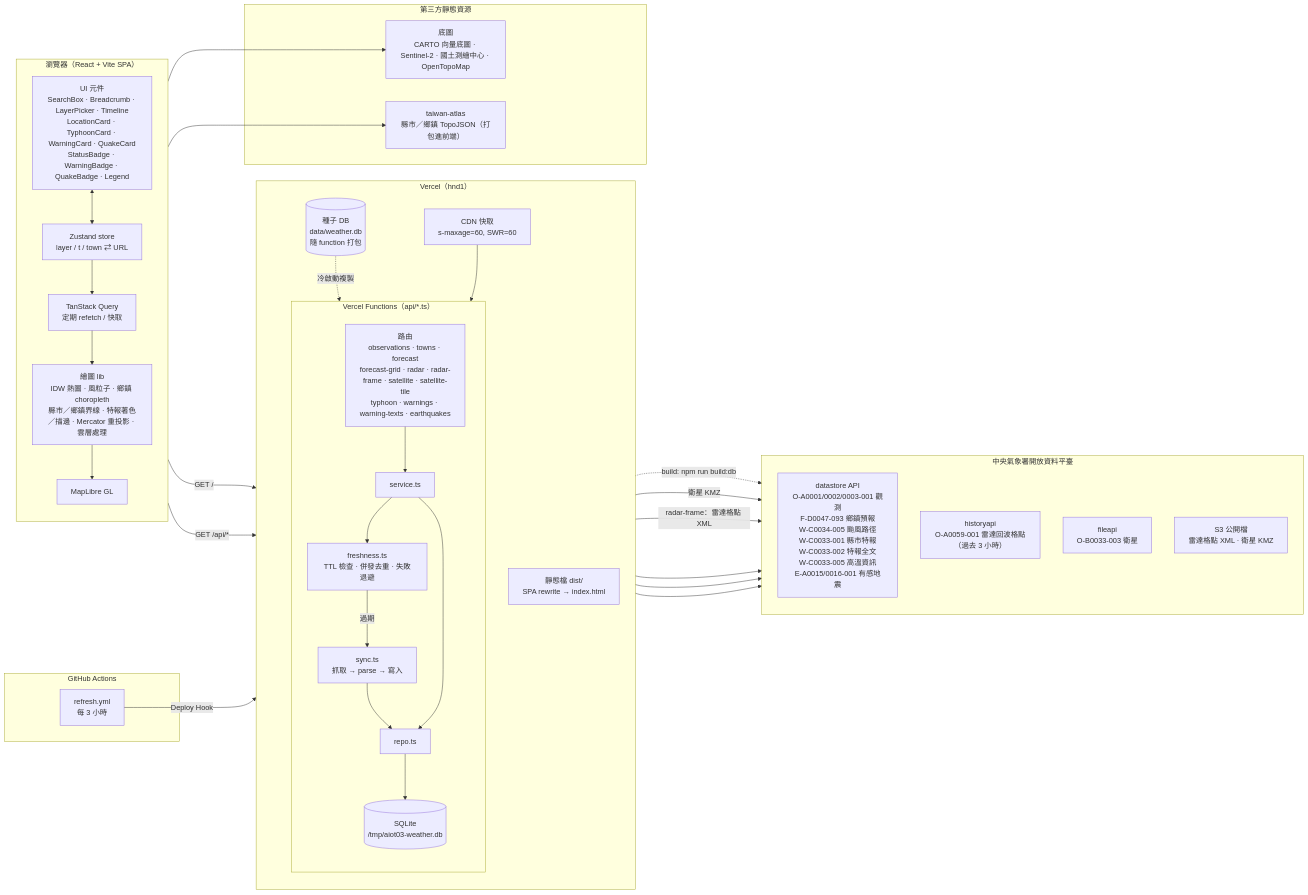
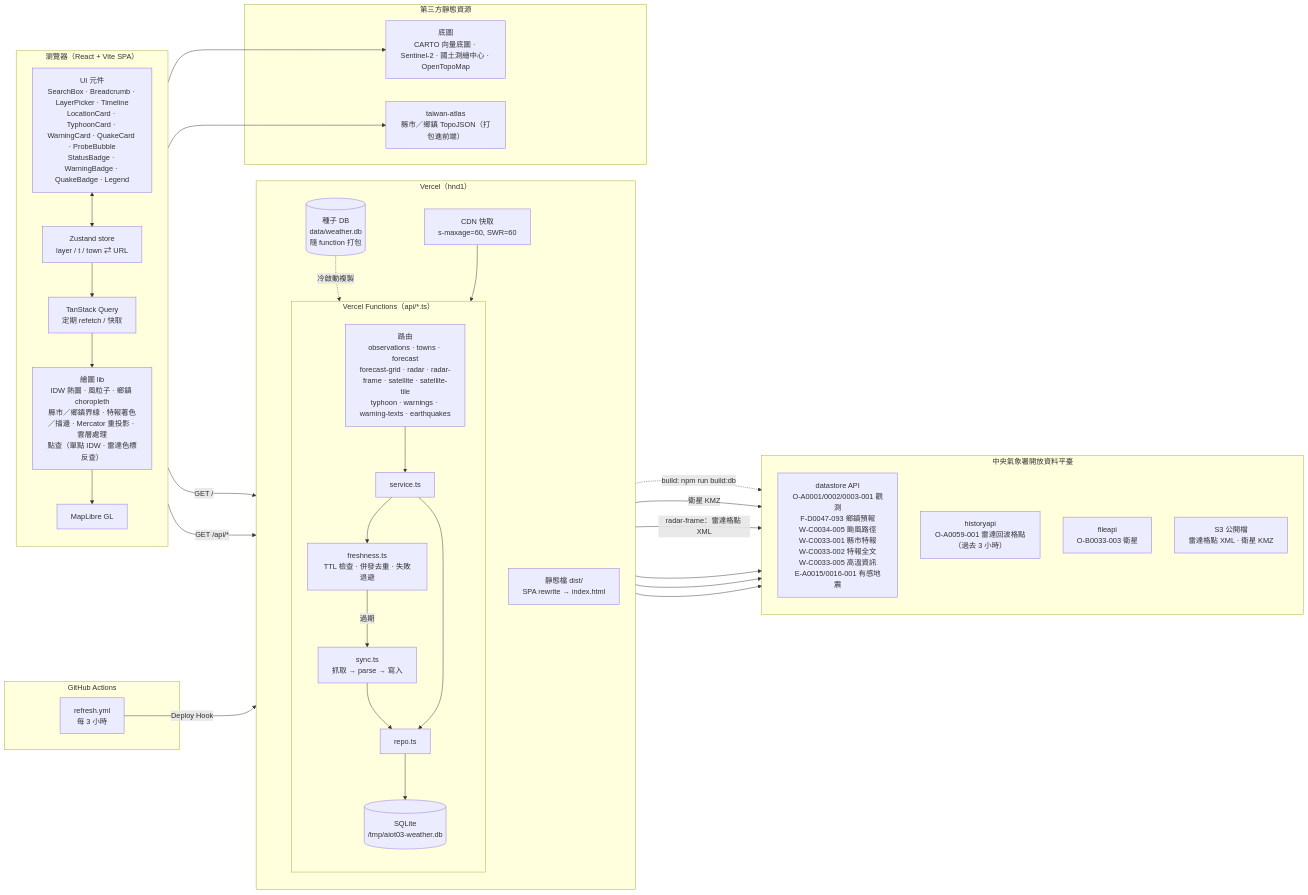
Before and after one commit to anjyuelee/aiot03: the first of 3 diagrams in README.md, drawn with Mermaid. The commit also changed other lines of this file and 2 other files, not shown here.

First line of the commit message:
docs: describe the map probe in the readme

````diff
--- a/README.md
+++ b/README.md
@@ -66,64 +70,64 @@
 ```mermaid
 flowchart LR
   subgraph Browser["瀏覽器（React + Vite SPA）"]
     direction TB
-    UI["UI 元件<br/>SearchBox · Breadcrumb · LayerPicker · Timeline<br/>LocationCard · TyphoonCard · WarningCard · QuakeCard<br/>StatusBadge · WarningBadge · QuakeBadge · Legend"]
+    UI["UI 元件<br/>SearchBox · Breadcrumb · LayerPicker · Timeline<br/>LocationCard · TyphoonCard · WarningCard · QuakeCard · ProbeBubble<br/>StatusBadge · WarningBadge · QuakeBadge · Legend"]
     Store["Zustand store<br/>layer / t / town ⇄ URL"]
     Query["TanStack Query<br/>定期 refetch / 快取"]
-    Render["繪圖 lib<br/>IDW 熱圖 · 風粒子 · 鄉鎮 choropleth<br/>縣市／鄉鎮界線 · 特報著色／描邊 · Mercator 重投影 · 雲層處理"]
+    Render["繪圖 lib<br/>IDW 熱圖 · 風粒子 · 鄉鎮 choropleth<br/>縣市／鄉鎮界線 · 特報著色／描邊 · Mercator 重投影 · 雲層處理<br/>點查（單點 IDW · 雷達色標反查）"]
     Map["MapLibre GL"]
     UI <--> Store
     Store --> Query
     Query --> Render --> Map
   end
 
   subgraph Vercel["Vercel（hnd1）"]
     direction TB
     Static["靜態檔 dist/<br/>SPA rewrite → index.html"]
     CDN["CDN 快取<br/>s-maxage=60, SWR=60"]
     subgraph Fn["Vercel Functions（api/*.ts）"]
       direction TB
       API["路由<br/>observations · towns · forecast<br/>forecast-grid · radar · radar-frame · satellite · satellite-tile<br/>typhoon · warnings · warning-texts · earthquakes"]
       Service["service.ts"]
       Fresh["freshness.ts<br/>TTL 檢查 · 併發去重 · 失敗退避"]
       Sync["sync.ts<br/>抓取 → parse → 寫入"]
       Repo["repo.ts"]
       TmpDB[("SQLite<br/>/tmp/aiot03-weather.db")]
       API --> Service --> Fresh
       Fresh -- 過期 --> Sync --> Repo
       Service --> Repo --> TmpDB
     end
     Seed[("種子 DB<br/>data/weather.db<br/>隨 function 打包")]
     Seed -. 冷啟動複製 .-> TmpDB
     CDN --> API
   end
 
   subgraph CWA["中央氣象署開放資料平臺"]
     direction TB
     DS["datastore API<br/>O-A0001/0002/0003-001 觀測<br/>F-D0047-093 鄉鎮預報<br/>W-C0034-005 颱風路徑<br/>W-C0033-001 縣市特報<br/>W-C0033-002 特報全文<br/>W-C0033-005 高溫資訊<br/>E-A0015/0016-001 有感地震"]
     HA["historyapi<br/>O-A0059-001 雷達回波格點（過去 3 小時）"]
     FA["fileapi<br/>O-B0033-003 衛星"]
     S3["S3 公開檔<br/>雷達格點 XML · 衛星 KMZ"]
   end
 
   subgraph Ext["第三方靜態資源"]
     Carto["底圖<br/>CARTO 向量底圖 · Sentinel-2 · 國土測繪中心 · OpenTopoMap"]
     Atlas["taiwan-atlas<br/>縣市／鄉鎮 TopoJSON（打包進前端）"]
   end
 
   subgraph CI["GitHub Actions"]
     Cron["refresh.yml<br/>每 3 小時"]
   end
 
   Browser -- "GET /" --> Static
   Query -- "GET /api/*" --> CDN
   Map --> Carto
   Render --> Atlas
   Sync --> DS
   Sync --> FA
   Sync --> HA
   API -- "radar-frame：雷達格點 XML" --> S3
   Sync -- "衛星 KMZ" --> S3
   Cron -- "Deploy Hook" --> Vercel
   Vercel -. "build: npm run build:db" .-> CWA
 ```
````
